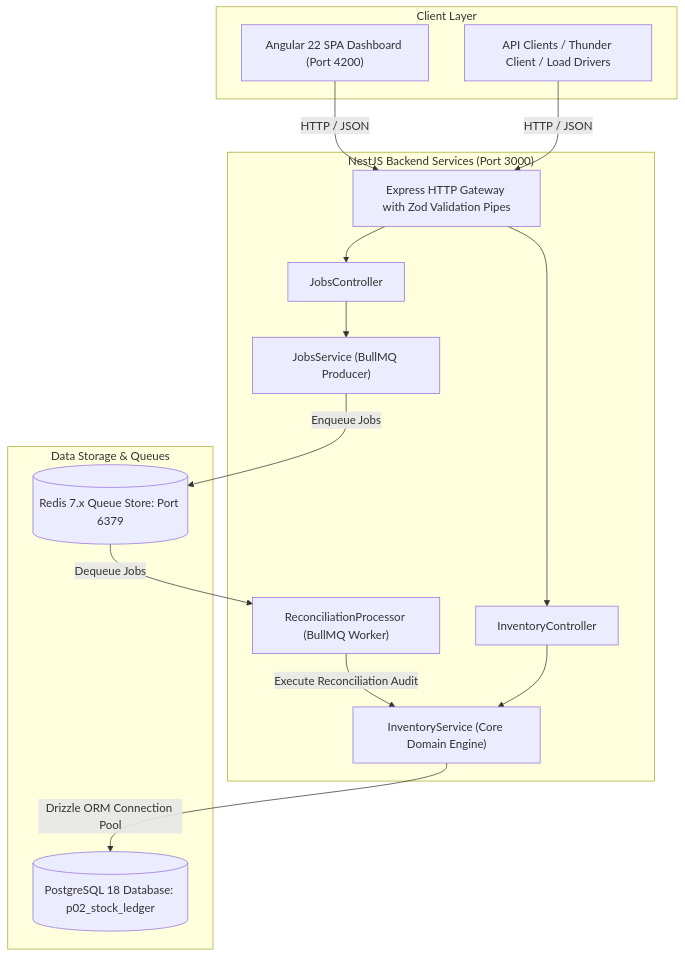
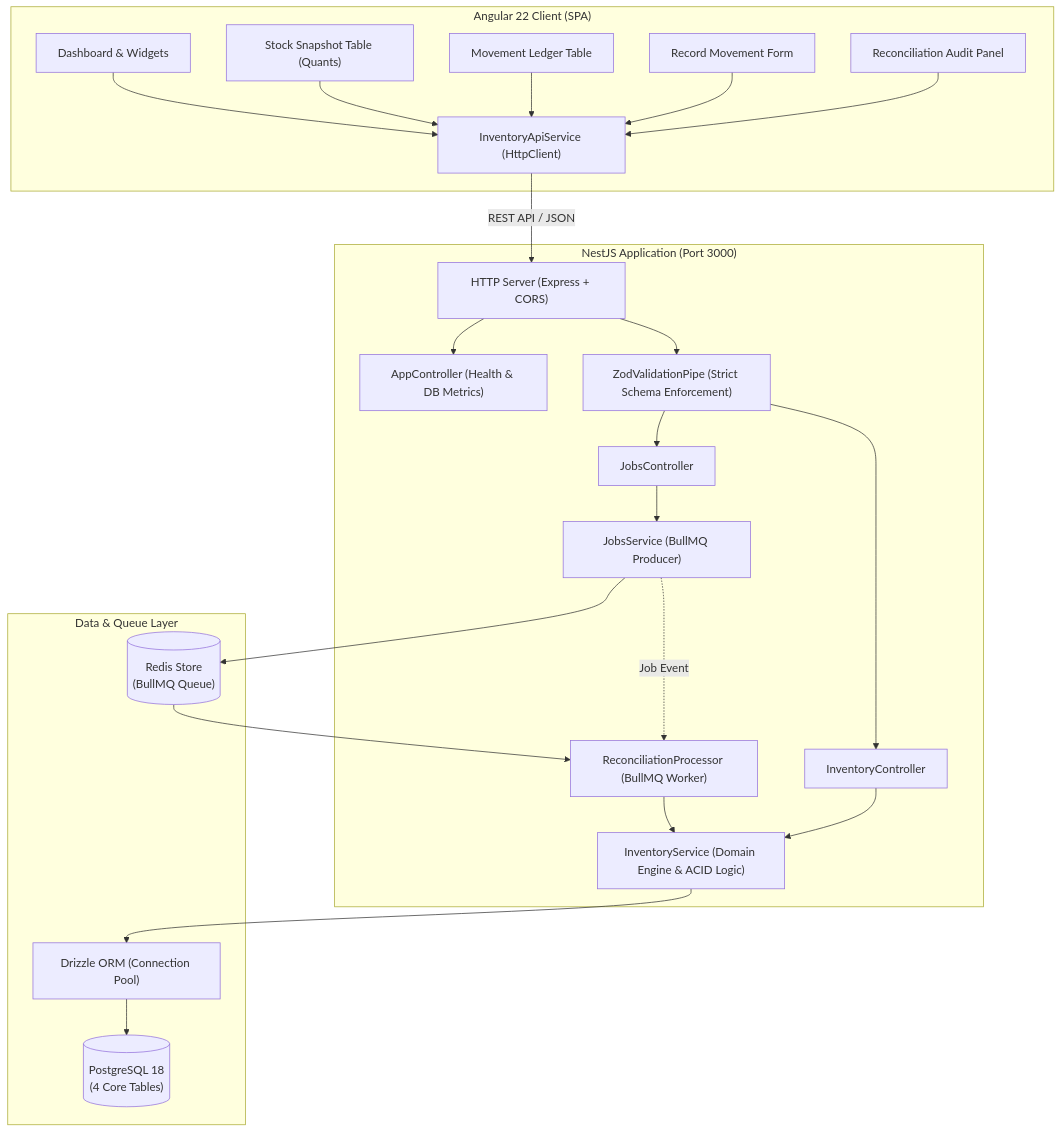
One commit to pjkorba1256-cmd/stock_ledger changed the second of 7 diagrams in docs/04-diagrams.md. Above: the diagram before and after it, drawn with Mermaid. The commit also changed other lines of this file and 22 other files, not shown here.

Commit message:
feat: complete final audit documentation, target repository layout, and clean read-only reservations with sample data

````diff
--- a/docs/04-diagrams.md
+++ b/docs/04-diagrams.md
@@ -5,34 +41,53 @@
 ```mermaid
 flowchart TD
-    subgraph ClientLayer ["Client Layer"]
-        SPA["Angular 22 SPA Dashboard (Port 4200)"]
-        CLI["API Clients / Thunder Client / Load Drivers"]
+    subgraph Frontend ["Angular 22 Client (SPA)"]
+        UI_DASH["Dashboard & Widgets"]
+        UI_TABLE["Stock Snapshot Table (Quants)"]
+        UI_LEDGER["Movement Ledger Table"]
+        UI_FORM["Record Movement Form"]
+        UI_RECON["Reconciliation Audit Panel"]
+        API_SVC["InventoryApiService (HttpClient)"]
+
+        UI_DASH --> API_SVC
+        UI_TABLE --> API_SVC
+        UI_LEDGER --> API_SVC
+        UI_FORM --> API_SVC
+        UI_RECON --> API_SVC
     end
 
-    subgraph BackendLayer ["NestJS Backend Services (Port 3000)"]
-        GATEWAY["Express HTTP Gateway with Zod Validation Pipes"]
+    subgraph BackendAPI ["NestJS Application (Port 3000)"]
+        GATEWAY["HTTP Server (Express + CORS)"]
+        ZOD_PIPE["ZodValidationPipe (Strict Schema Enforcement)"]
+        
         INV_CTRL["InventoryController"]
         JOBS_CTRL["JobsController"]
-        INV_SRV["InventoryService (Core Domain Engine)"]
+        APP_CTRL["AppController (Health & DB Metrics)"]
+
+        INV_SRV["InventoryService (Domain Engine & ACID Logic)"]
         JOBS_SRV["JobsService (BullMQ Producer)"]
-        WORKER["ReconciliationProcessor (BullMQ Worker)"]
+        RECON_PROC["ReconciliationProcessor (BullMQ Worker)"]
+
+        GATEWAY --> ZOD_PIPE
+        ZOD_PIPE --> INV_CTRL
+        ZOD_PIPE --> JOBS_CTRL
+        GATEWAY --> APP_CTRL
+
+        INV_CTRL --> INV_SRV
+        JOBS_CTRL --> JOBS_SRV
+        JOBS_SRV -.->|"Job Event"| RECON_PROC
+        RECON_PROC --> INV_SRV
     end
 
-    subgraph DataStorageLayer ["Data Storage & Queues"]
-        POSTGRES[("PostgreSQL 18 Database: p02_stock_ledger")]
-        REDIS[("Redis 7.x Queue Store: Port 6379")]
+    subgraph Persistence ["Data & Queue Layer"]
+        DRIZZLE["Drizzle ORM (Connection Pool)"]
+        PG_DB[("PostgreSQL 18\n(4 Core Tables)")]
+        REDIS_DB[("Redis Store\n(BullMQ Queue)")]
+
+        INV_SRV --> DRIZZLE
+        DRIZZLE --> PG_DB
+        JOBS_SRV --> REDIS_DB
+        REDIS_DB --> RECON_PROC
     end
 
-    SPA -->|HTTP / JSON| GATEWAY
-    CLI -->|HTTP / JSON| GATEWAY
-    GATEWAY --> INV_CTRL
-    GATEWAY --> JOBS_CTRL
-
-    INV_CTRL --> INV_SRV
-    JOBS_CTRL --> JOBS_SRV
-
-    INV_SRV -->|Drizzle ORM Connection Pool| POSTGRES
-    JOBS_SRV -->|Enqueue Jobs| REDIS
-    REDIS -->|Dequeue Jobs| WORKER
-    WORKER -->|Execute Reconciliation Audit| INV_SRV
+    API_SVC -->|"REST API / JSON"| GATEWAY
 ```
````
